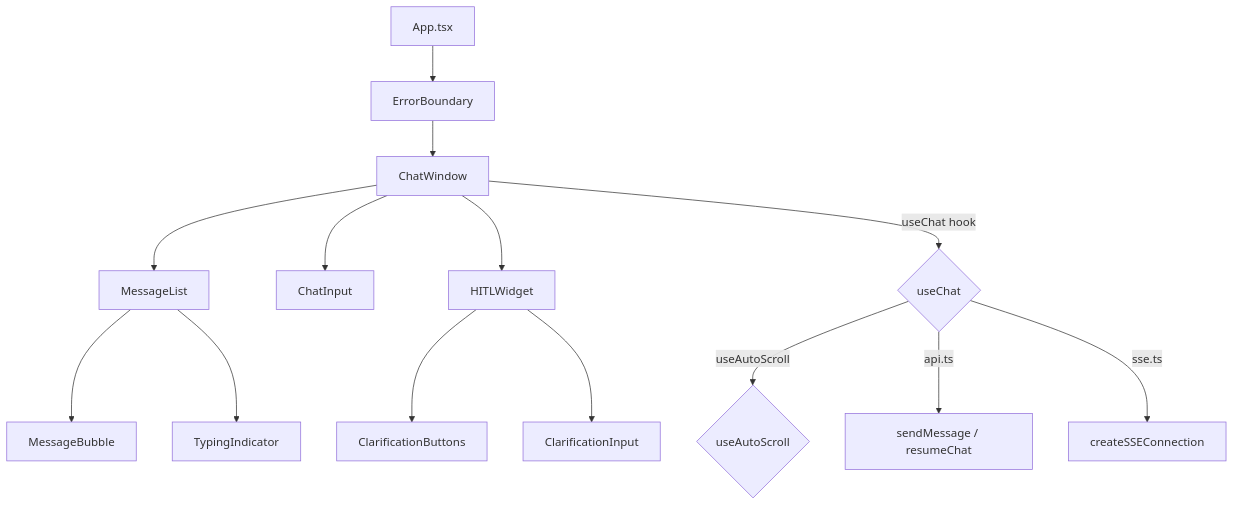
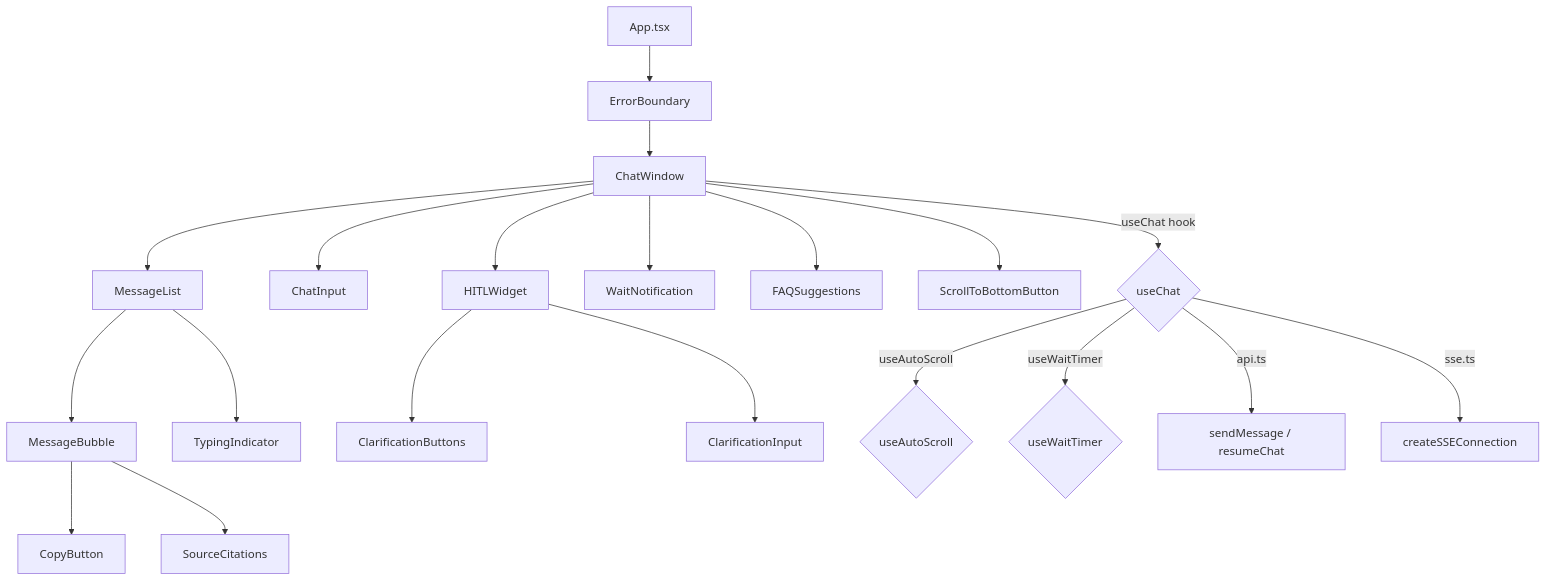
One commit to seraphin-angel/claude_glm_2 changed the seventh of 13 diagrams in agentic-rag-chatbot/spec.md. Above: the diagram before and after it, drawn with Mermaid. The commit also changed other lines of this file, not shown here.

````diff
--- a/agentic-rag-chatbot/spec.md
+++ b/agentic-rag-chatbot/spec.md
@@ -1014,16 +1101,22 @@
 ```mermaid
 graph TD
     APP[App.tsx] --> EB[ErrorBoundary]
     EB --> CW[ChatWindow]
     CW --> ML[MessageList]
     CW --> CI[ChatInput]
     CW --> HW[HITLWidget]
+    CW --> WN[WaitNotification]
+    CW --> FS[FAQSuggestions]
+    CW --> SB[ScrollToBottomButton]
     ML --> MB[MessageBubble]
     ML --> TI[TypingIndicator]
+    MB --> CPB[CopyButton]
+    MB --> SC[SourceCitations]
     HW --> CB[ClarificationButtons]
     HW --> CIN[ClarificationInput]
     CW -->|useChat hook| UC{useChat}
     UC -->|useAutoScroll| UAS{useAutoScroll}
+    UC -->|useWaitTimer| UWT{useWaitTimer}
     UC -->|api.ts| API[sendMessage / resumeChat]
     UC -->|sse.ts| SSE[createSSEConnection]
 ```
````
